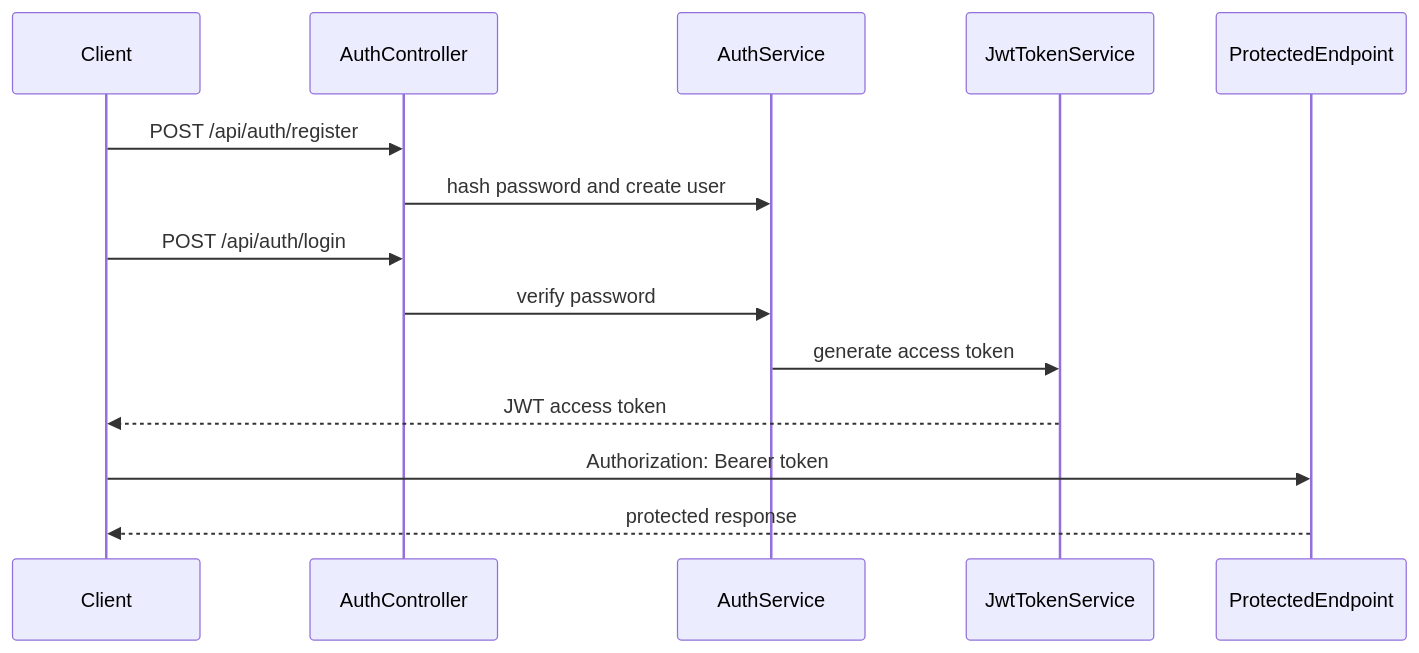
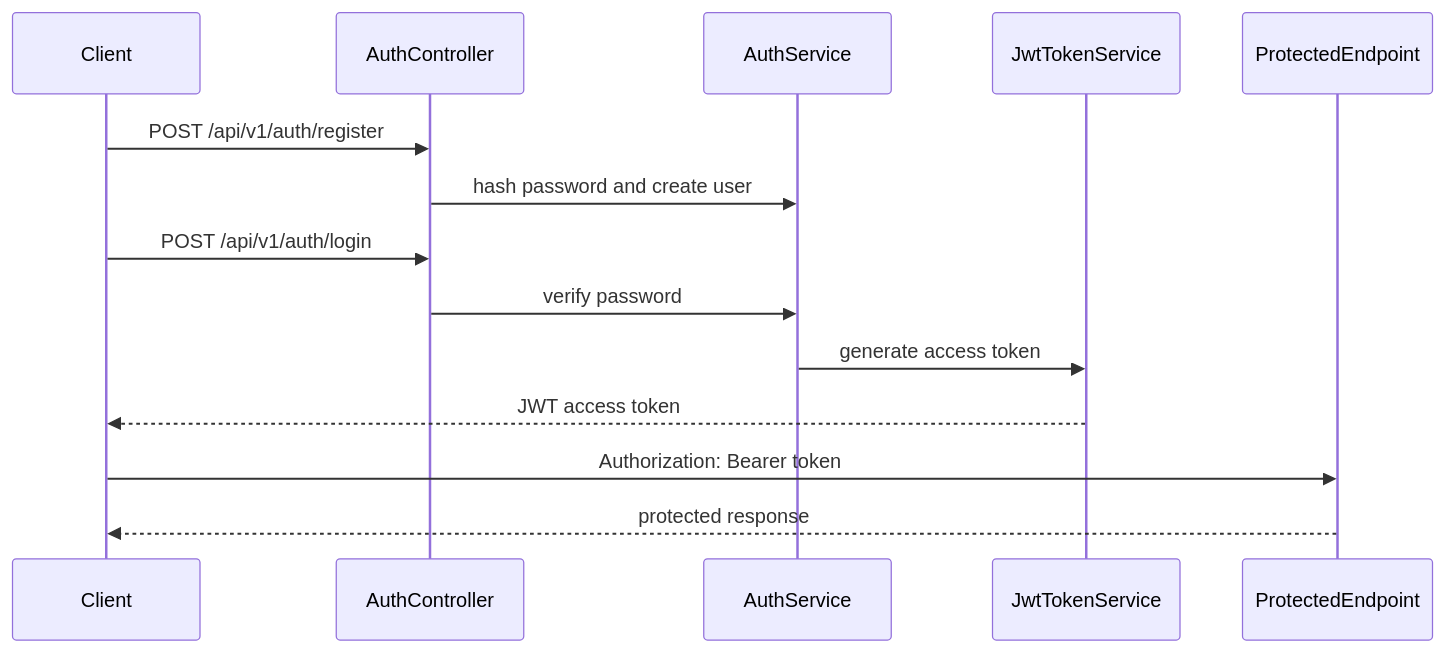
Before and after one commit to premix-labs/aspnet-core-web-api-tutorial-book: the diagram in src/content/docs/part-6-auth/index.md, drawn with Mermaid. The commit also changed other lines of this file and 89 other files, not shown here.

````diff
--- a/src/content/docs/part-6-auth/index.md
+++ b/src/content/docs/part-6-auth/index.md
@@ -58,17 +74,17 @@
 ```mermaid
 sequenceDiagram
     participant Client
     participant AuthController
     participant AuthService
     participant JwtTokenService
     participant ProtectedEndpoint
 
-    Client->>AuthController: POST /api/auth/register
+    Client->>AuthController: POST /api/v1/auth/register
     AuthController->>AuthService: hash password and create user
-    Client->>AuthController: POST /api/auth/login
+    Client->>AuthController: POST /api/v1/auth/login
     AuthController->>AuthService: verify password
     AuthService->>JwtTokenService: generate access token
     JwtTokenService-->>Client: JWT access token
     Client->>ProtectedEndpoint: Authorization: Bearer token
     ProtectedEndpoint-->>Client: protected response
 ```
````
